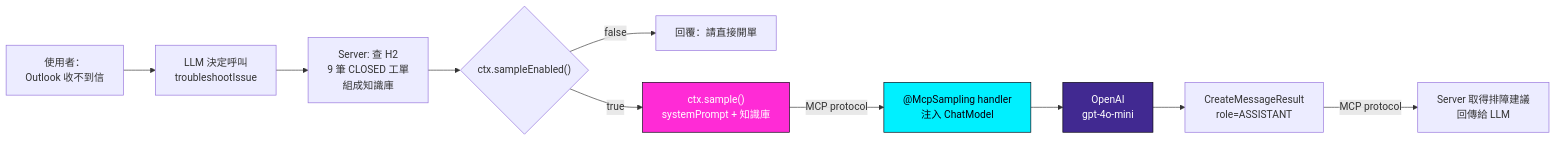
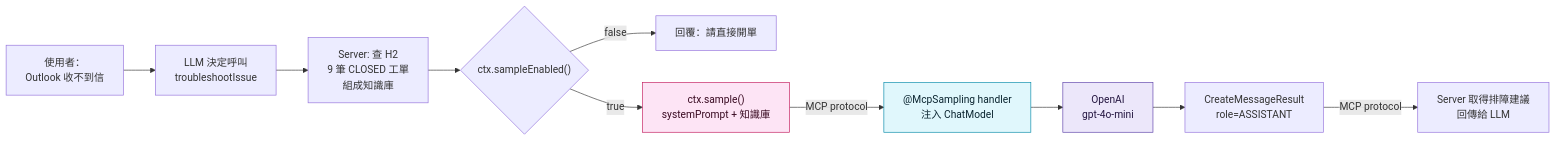
The second of 4 diagrams in README.md (tonysk0210/springai-mcp-stdio), drawn with Mermaid before and after one commit. The commit also changed other lines of this file, not shown here.

````diff
--- a/README.md
+++ b/README.md
@@ -120,16 +120,16 @@
 ```mermaid
 flowchart LR
     A["使用者：<br/>Outlook 收不到信"] --> B[LLM 決定呼叫<br/>troubleshootIssue]
     B --> C["Server: 查 H2<br/>9 筆 CLOSED 工單<br/>組成知識庫"]
     C --> D{"ctx.sampleEnabled()"}
     D -->|false| E["回覆：請直接開單"]
     D -->|true| F["ctx.sample()<br/>systemPrompt + 知識庫"]
     F -->|MCP protocol| G["@McpSampling handler<br/>注入 ChatModel"]
     G --> H["OpenAI<br/>gpt-4o-mini"]
     H --> I["CreateMessageResult<br/>role=ASSISTANT"]
     I -->|MCP protocol| J["Server 取得排障建議<br/>回傳給 LLM"]
 
-    style F fill:#ff2bd6,stroke:#05010d,color:#ffffff
-    style G fill:#00f0ff,stroke:#05010d,color:#05010d
-    style H fill:#412991,stroke:#05010d,color:#ffffff
+    style F fill:#fde4f5,stroke:#c2185b,color:#3a0b22
+    style G fill:#e0f7fc,stroke:#0288a8,color:#0b2530
+    style H fill:#ece7fa,stroke:#5b3fa8,color:#241640
 ```
````
